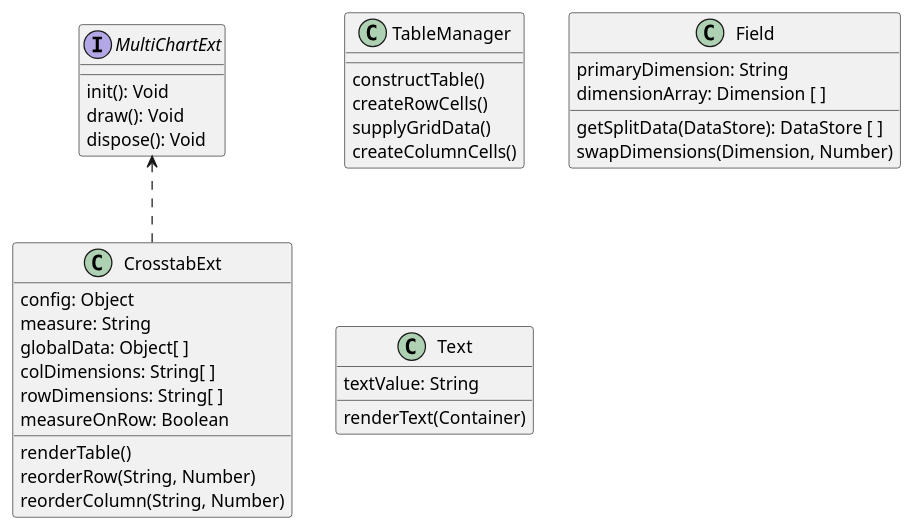
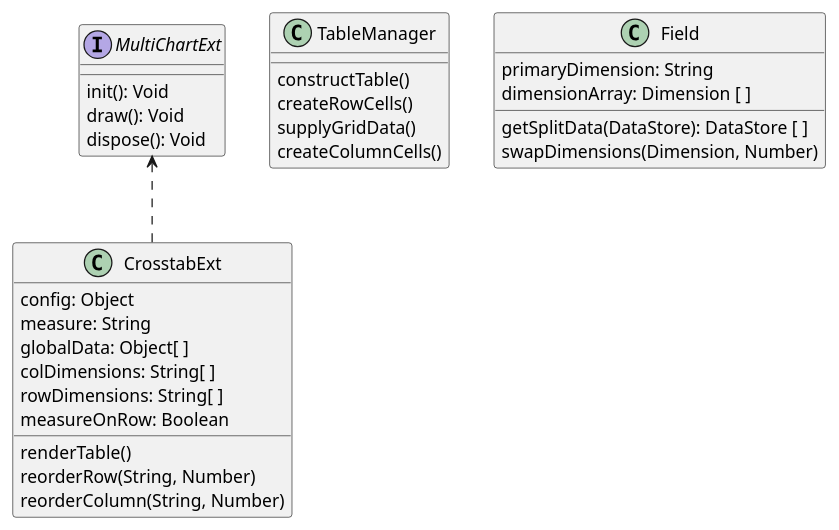
One commit to fusioncharts/visual-crosstab changed the diagram in ext-architecture/crosstab_class.puml. Above: the diagram before and after it, drawn with PlantUML. The commit also changed 15 other files, not shown here.

```diff
--- a/ext-architecture/crosstab_class.puml
+++ b/ext-architecture/crosstab_class.puml
@@ -1,44 +1,38 @@
 @startuml
 
 class CrosstabExt {
   config: Object
   measure: String
   globalData: Object[ ]
   colDimensions: String[ ]
   rowDimensions: String[ ]
   measureOnRow: Boolean
 
   renderTable()
   reorderRow(String, Number)
   reorderColumn(String, Number)
 }
 
 interface MultiChartExt {
   init(): Void
   draw(): Void
   dispose(): Void
 }
 
 class TableManager {
   constructTable()
   createRowCells()
   supplyGridData()
   createColumnCells()
 }
 
 class Field {
   primaryDimension: String
   dimensionArray: Dimension [ ]
   getSplitData(DataStore): DataStore [ ]
   swapDimensions(Dimension, Number)
 }
 
-class Text {
-  textValue: String
-
-  renderText(Container)
-}
-
 CrosstabExt .u.> MultiChartExt
 
 @enduml
```
